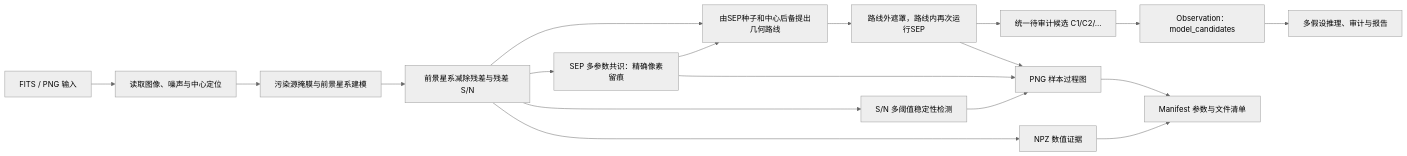
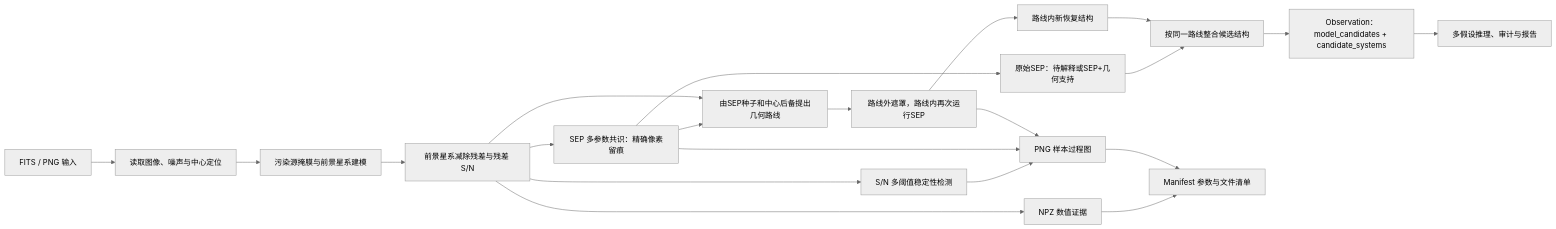
One commit to moonlovist/SL-agent changed the diagram in src/docs/VISION_PROCESS_FLOW_CN.md. Above: the diagram before and after it, drawn with Mermaid (neutral theme). The commit also changed other lines of this file and 15 other files, not shown here.

````diff
--- a/src/docs/VISION_PROCESS_FLOW_CN.md
+++ b/src/docs/VISION_PROCESS_FLOW_CN.md
@@ -5,20 +5,23 @@
 ```mermaid
 flowchart LR
     A["FITS / PNG 输入"] --> B["读取图像、噪声与中心定位"]
     B --> C["污染源掩膜与前景星系建模"]
     C --> D["前景星系减除残差与残差 S/N"]
     D --> E["S/N 多阈值稳定性检测"]
     D --> F["SEP 多参数共识：精确像素留痕"]
     F --> R["由SEP种子和中心后备提出几何路线"]
     D --> R
     R --> Q["路线外遮罩，路线内再次运行SEP"]
-    Q --> H["统一待审计候选 C1/C2/..."]
-    H --> I["Observation：model_candidates"]
+    F --> S1["原始SEP：待解释或SEP+几何支持"]
+    Q --> S2["路线内新恢复结构"]
+    S1 --> H["按同一路线整合候选结构"]
+    S2 --> H
+    H --> I["Observation：model_candidates + candidate_systems"]
     I --> J["多假设推理、审计与报告"]
     D --> K["NPZ 数值证据"]
     E --> L["PNG 样本过程图"]
     F --> L
     Q --> L
     K --> M["Manifest 参数与文件清单"]
     L --> M
 ```
````
